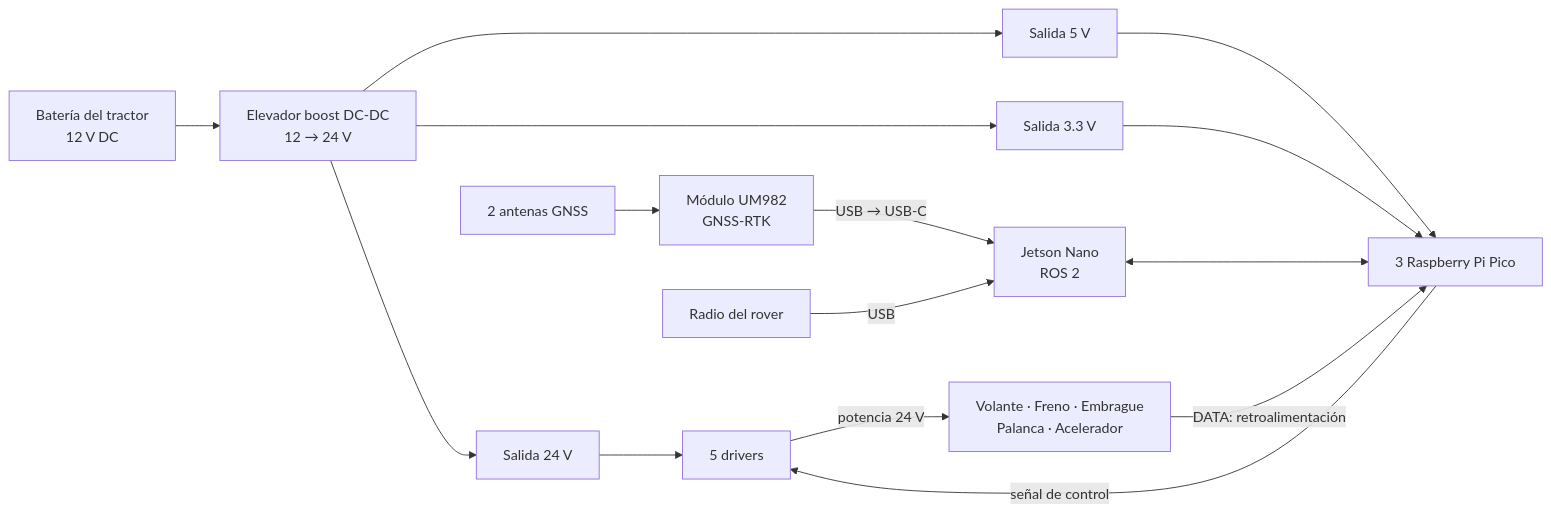
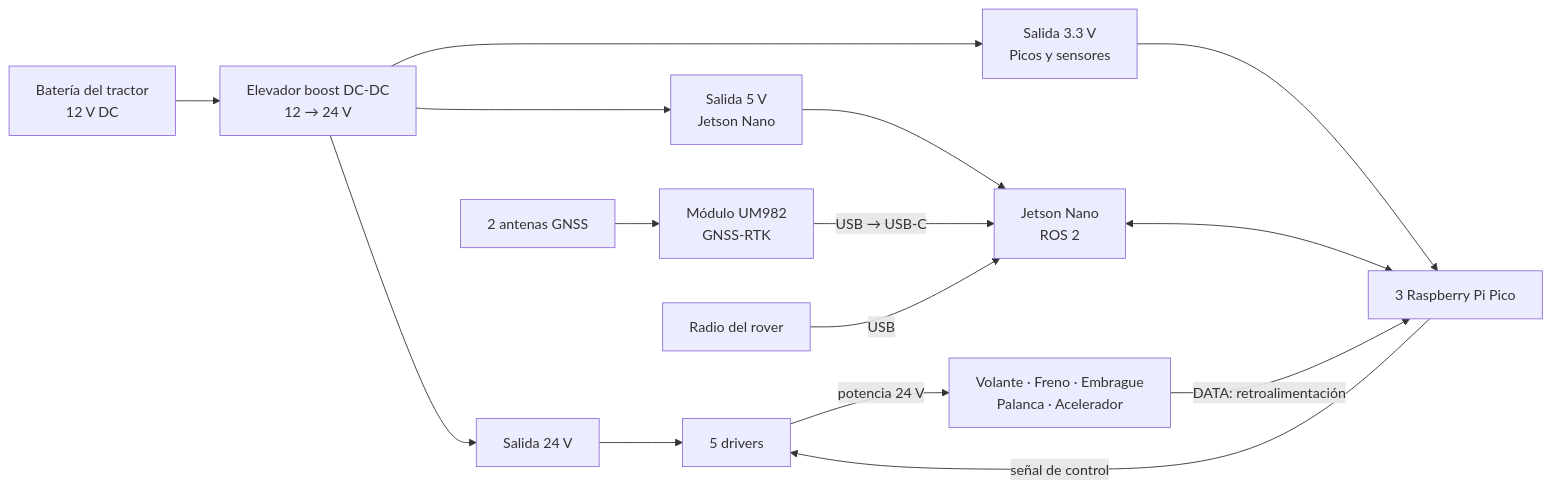
Before and after one commit to BrianSimpson01/Agrotecnologias-abiertas-para-mexico-: the first of 2 diagrams in docs/tablero.md, drawn with Mermaid. The commit also changed other lines of this file, not shown here.

````diff
--- a/docs/tablero.md
+++ b/docs/tablero.md
@@ -13,16 +13,17 @@
 ```mermaid
 flowchart LR
     BAT[Batería del tractor<br/>12 V DC] --> BOOST[Elevador boost DC-DC<br/>12 → 24 V]
     BOOST --> V24[Salida 24 V]
-    BOOST --> V5[Salida 5 V]
-    BOOST --> V33[Salida 3.3 V]
-    V5 & V33 --> PICOS[3 Raspberry Pi Pico]
+    BOOST --> V5[Salida 5 V<br/>Jetson Nano]
+    BOOST --> V33[Salida 3.3 V<br/>Picos y sensores]
+    V33 --> PICOS[3 Raspberry Pi Pico]
+    V5 --> JET
     JET[Jetson Nano<br/>ROS 2] <--> PICOS
     ANT[2 antenas GNSS] --> GNSS[Módulo UM982<br/>GNSS-RTK]
     GNSS -->|USB → USB-C| JET
     RAD[Radio del rover] -->|USB| JET
     V24 --> DRV[5 drivers]
     PICOS -->|señal de control| DRV
     DRV -->|potencia 24 V| MEC[Volante · Freno · Embrague<br/>Palanca · Acelerador]
     MEC -->|DATA: retroalimentación| PICOS
 ```
````
